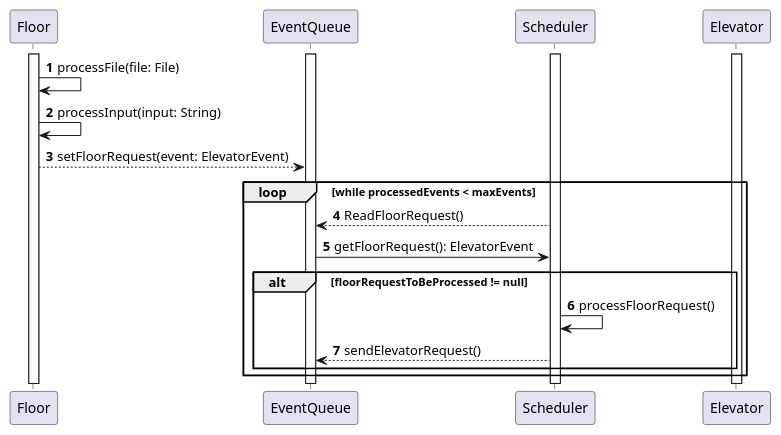
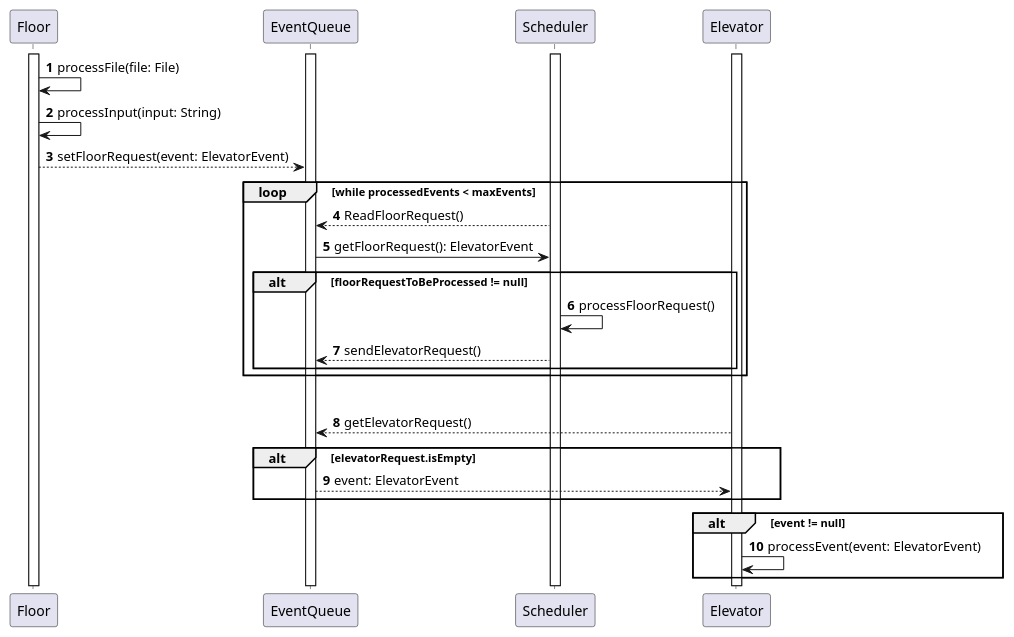
The diagram in SequenceDiagram.puml (Sgt-Roukoz/SYSC3303-Project), drawn with PlantUML before and after one commit.

Commit message:
Finished the sequence diagram

```diff
--- a/SequenceDiagram.puml
+++ b/SequenceDiagram.puml
@@ -1,23 +1,32 @@
 @startuml
 'https://plantuml.com/sequence-diagram
 
 autonumber
 
 activate Floor
 activate EventQueue
 activate Scheduler
 activate Elevator
 Floor -> Floor: processFile(file: File)
 Floor -> Floor: processInput(input: String)
 Floor --> EventQueue: setFloorRequest(event: ElevatorEvent)
 
 loop while processedEvents < maxEvents
     Scheduler --> EventQueue: ReadFloorRequest()
     EventQueue -> Scheduler: getFloorRequest(): ElevatorEvent
     alt floorRequestToBeProcessed != null
         Scheduler -> Scheduler: processFloorRequest()
         Scheduler --> EventQueue: sendElevatorRequest()
     end
 end
 
+loop while processedEvents < maxEvents
+    Elevator --> EventQueue: getElevatorRequest()
+    alt elevatorRequest.isEmpty
+        EventQueue --> Elevator: event: ElevatorEvent
+    end
+    alt event != null
+        Elevator -> Elevator: processEvent(event: ElevatorEvent)
+    end
+
 @enduml
```
